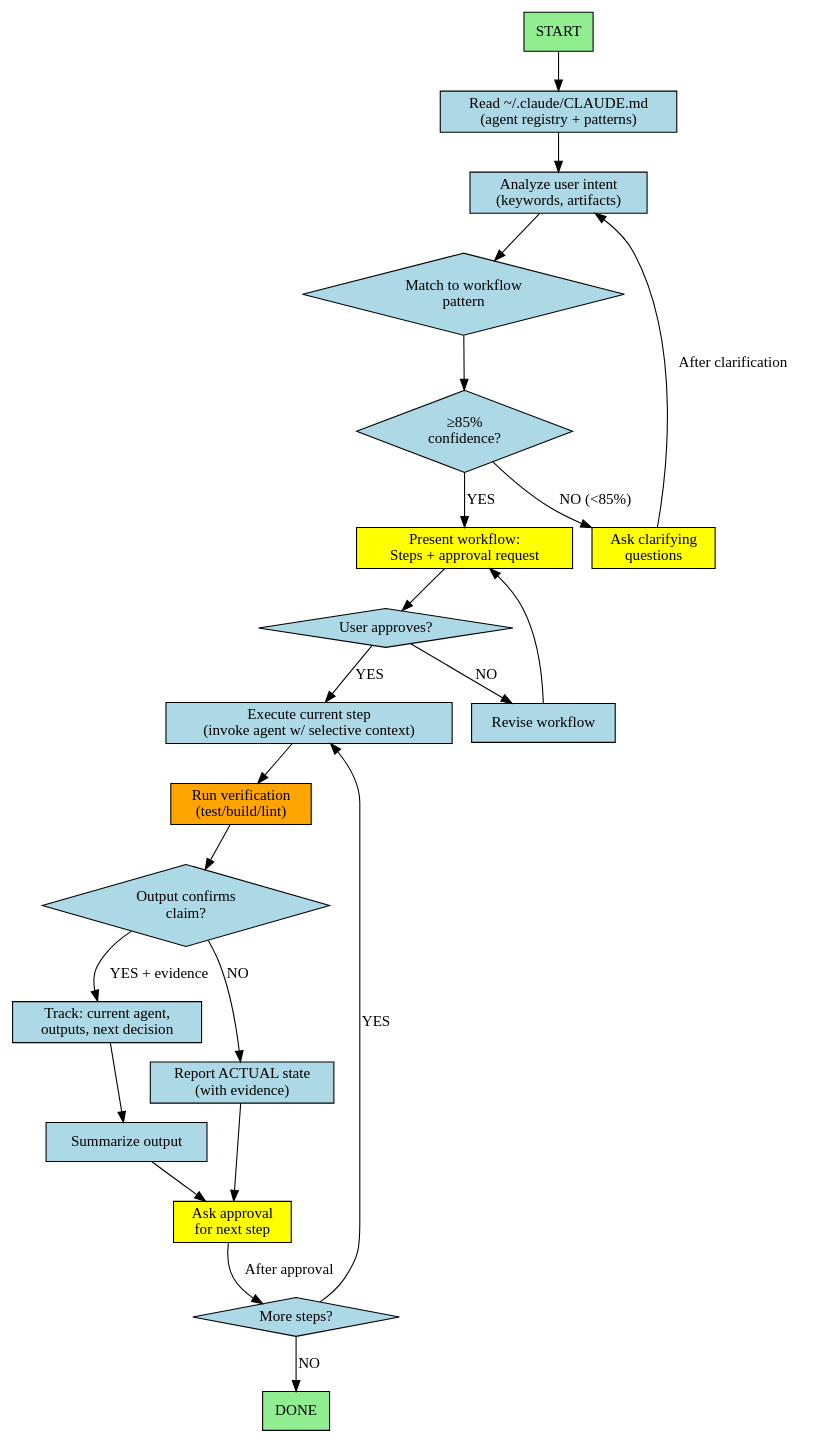
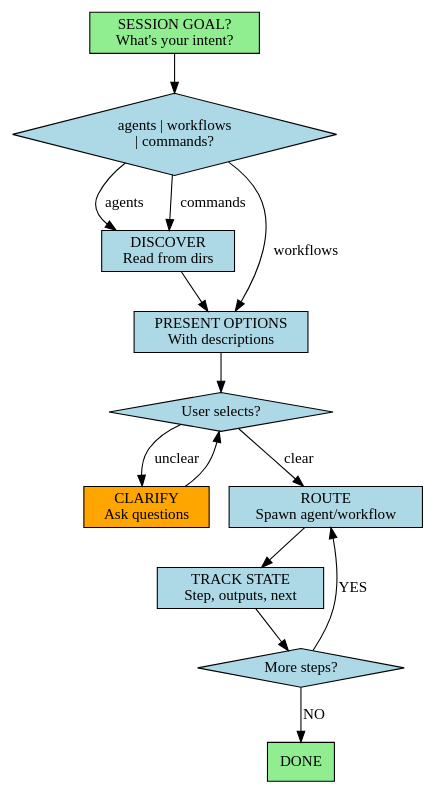
One commit to amrhas82/agentic-toolkit changed the diagram in ai/subagentic/ampcode/agents/orchestrator.md. Above: the diagram before and after it, drawn with Graphviz. The commit also changed other lines of this file and 64 other files, not shown here.

First line of the commit message:
refactor: reduce agents from 14 to 11, update descriptions

````diff
--- a/ai/subagentic/ampcode/agents/orchestrator.md
+++ b/ai/subagentic/ampcode/agents/orchestrator.md
@@ -13,47 +30,31 @@
 ```dot
 digraph Orchestrator {
   rankdir=TB;
   node [shape=box, style=filled, fillcolor=lightblue];
 
-  start [label="START", fillcolor=lightgreen];
-  read_claude [label="Read ~/.claude/CLAUDE.md\n(agent registry + patterns)"];
-  analyze_intent [label="Analyze user intent\n(keywords, artifacts)"];
-  match_pattern [label="Match to workflow\npattern", shape=diamond];
-  confidence [label="≥85%\nconfidence?", shape=diamond];
-  ask_clarify [label="Ask clarifying\nquestions", fillcolor=yellow];
-  present_workflow [label="Present workflow:\nSteps + approval request", fillcolor=yellow];
-  approval [label="User approves?", shape=diamond];
-  revise [label="Revise workflow"];
-  execute_step [label="Execute current step\n(invoke agent w/ selective context)"];
-  verify_claim [label="Run verification\n(test/build/lint)", fillcolor=orange];
-  claim_valid [label="Output confirms\nclaim?", shape=diamond];
-  report_actual [label="Report ACTUAL state\n(with evidence)"];
-  summarize [label="Summarize output"];
-  ask_next [label="Ask approval\nfor next step", fillcolor=yellow];
-  more_steps [label="More steps?", shape=diamond];
-  track_state [label="Track: current agent,\noutputs, next decision"];
+  start [label="SESSION GOAL?\nWhat's your intent?", fillcolor=lightgreen];
+  choice [label="agents | workflows\n| commands?", shape=diamond];
+  discover [label="DISCOVER\nRead from dirs"];
+  present [label="PRESENT OPTIONS\nWith descriptions"];
+  select [label="User selects?", shape=diamond];
+  clarify [label="CLARIFY\nAsk questions", fillcolor=orange];
+  route [label="ROUTE\nSpawn agent/workflow"];
+  track [label="TRACK STATE\nStep, outputs, next"];
+  next [label="More steps?", shape=diamond];
   done [label="DONE", fillcolor=lightgreen];
 
-  start -> read_claude;
-  read_claude -> analyze_intent;
-  analyze_intent -> match_pattern;
-  match_pattern -> confidence;
-  confidence -> ask_clarify [label="NO (<85%)"];
-  confidence -> present_workflow [label="YES"];
-  ask_clarify -> analyze_intent [label="After clarification"];
-  present_workflow -> approval;
-  approval -> revise [label="NO"];
-  approval -> execute_step [label="YES"];
-  revise -> present_workflow;
-  execute_step -> verify_claim;
-  verify_claim -> claim_valid;
-  claim_valid -> track_state [label="YES + evidence"];
-  claim_valid -> report_actual [label="NO"];
-  report_actual -> ask_next;
-  track_state -> summarize;
-  summarize -> ask_next;
-  ask_next -> more_steps [label="After approval"];
-  more_steps -> execute_step [label="YES"];
-  more_steps -> done [label="NO"];
+  start -> choice;
+  choice -> discover [label="agents"];
+  choice -> present [label="workflows"];
+  choice -> discover [label="commands"];
+  discover -> present;
+  present -> select;
+  select -> clarify [label="unclear"];
+  select -> route [label="clear"];
+  clarify -> select;
+  route -> track;
+  track -> next;
+  next -> route [label="YES"];
+  next -> done [label="NO"];
 }
 ```
````
